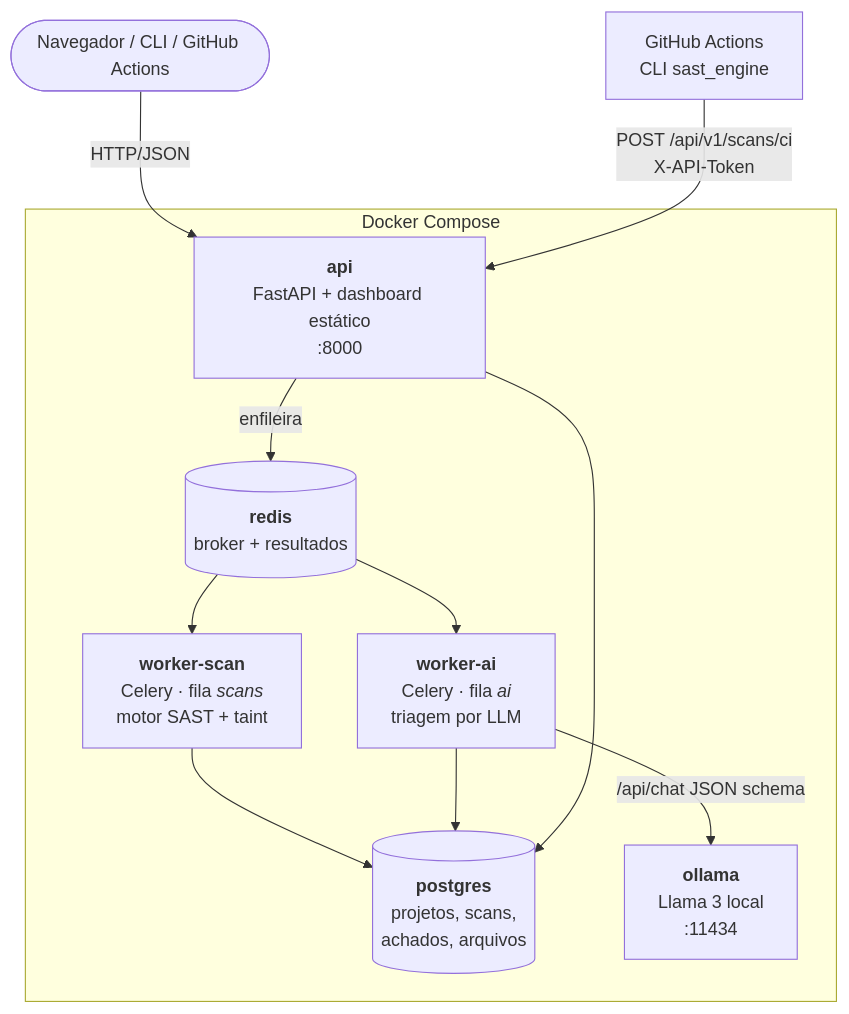
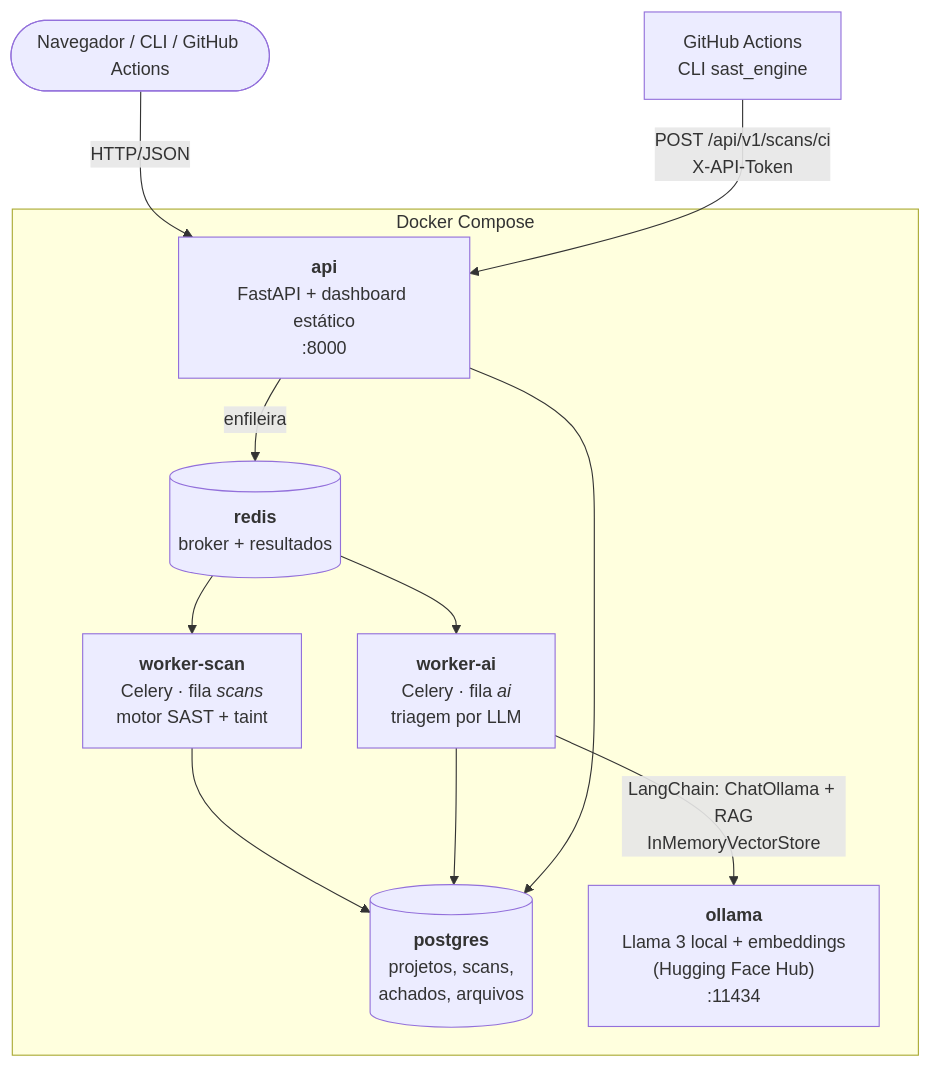
One commit to felipe3103/cp-sast-devsecops changed the second of 4 diagrams in docs/arquitetura.md. Above: the diagram before and after it, drawn with Mermaid. The commit also changed other lines of this file and 34 other files, not shown here.

````diff
--- a/docs/arquitetura.md
+++ b/docs/arquitetura.md
@@ -19,20 +19,20 @@
 ```mermaid
 flowchart TB
     subgraph Docker Compose
         api["<b>api</b><br/>FastAPI + dashboard estático<br/>:8000"]
         ws["<b>worker-scan</b><br/>Celery · fila <i>scans</i><br/>motor SAST + taint"]
         wa["<b>worker-ai</b><br/>Celery · fila <i>ai</i><br/>triagem por LLM"]
         redis[("<b>redis</b><br/>broker + resultados")]
         pg[("<b>postgres</b><br/>projetos, scans,<br/>achados, arquivos")]
-        ollama["<b>ollama</b><br/>Llama 3 local<br/>:11434"]
+        ollama["<b>ollama</b><br/>Llama 3 local + embeddings<br/>(Hugging Face Hub)<br/>:11434"]
     end
     user([Navegador / CLI / GitHub Actions]) -->|HTTP/JSON| api
     api -->|enfileira| redis
     redis --> ws
     redis --> wa
     ws --> pg
     wa --> pg
     api --> pg
-    wa -->|/api/chat JSON schema| ollama
+    wa -->|LangChain: ChatOllama + RAG<br/>InMemoryVectorStore| ollama
     ci[GitHub Actions<br/>CLI sast_engine] -->|POST /api/v1/scans/ci<br/>X-API-Token| api
 ```
````
